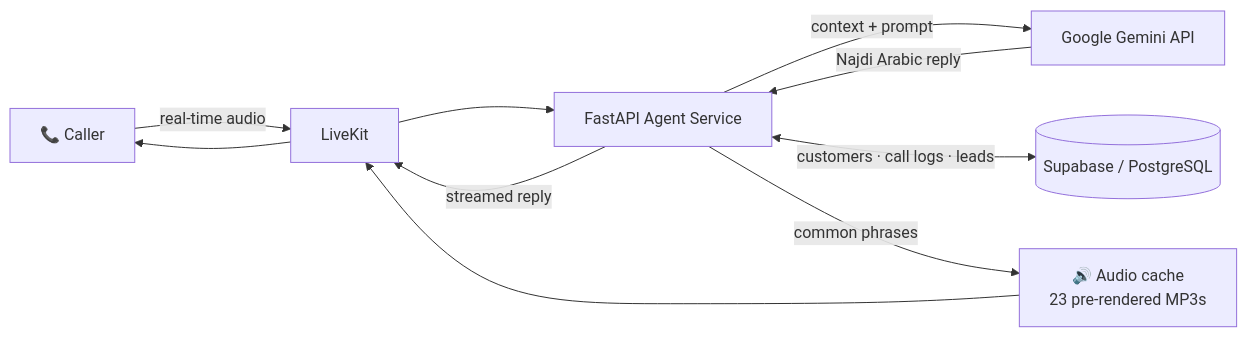
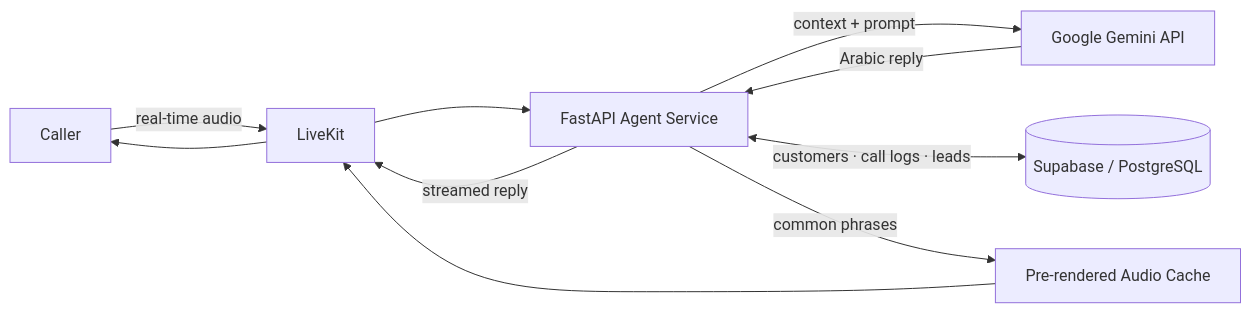
One commit to Ahmedin-Jamil/Ahmedin-Jamil changed the diagram in ReadMe.md. Above: the diagram before and after it, drawn with Mermaid. The commit also changed other lines of this file and 1 other file, not shown here.

````diff
--- a/ReadMe.md
+++ b/ReadMe.md
@@ -37,12 +46,12 @@
 ```mermaid
 flowchart LR
-    C[📞 Caller] -->|real-time audio| L[LiveKit]
-    L --> A[FastAPI Agent Service]
-    A -->|context + prompt| G[Google Gemini API]
-    G -->|Najdi Arabic reply| A
-    A <-->|customers · call logs · leads| S[(Supabase / PostgreSQL)]
-    A -->|common phrases| M[🔊 Audio cache<br/>23 pre-rendered MP3s]
+    C["Caller"] -->|real-time audio| L["LiveKit"]
+    L --> A["FastAPI Agent Service"]
+    A -->|context + prompt| G["Google Gemini API"]
+    G -->|Arabic reply| A
+    A <-->|customers · call logs · leads| S[("Supabase / PostgreSQL")]
+    A -->|common phrases| M["Pre-rendered Audio Cache"]
     M --> L
     A -->|streamed reply| L
     L --> C
 ```
````
